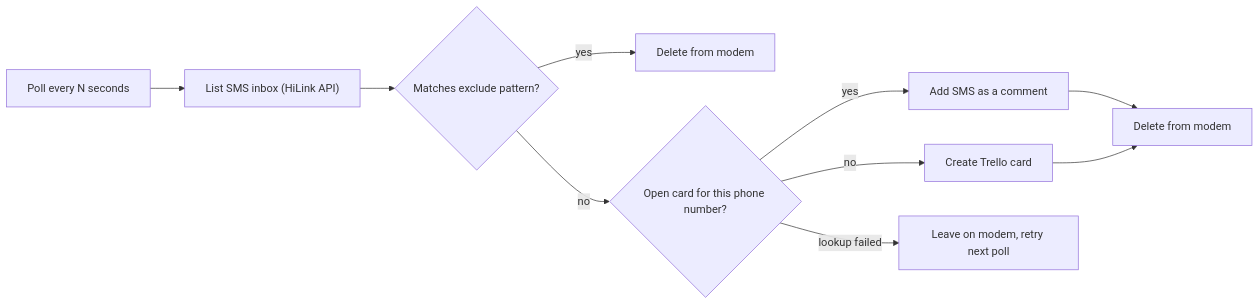
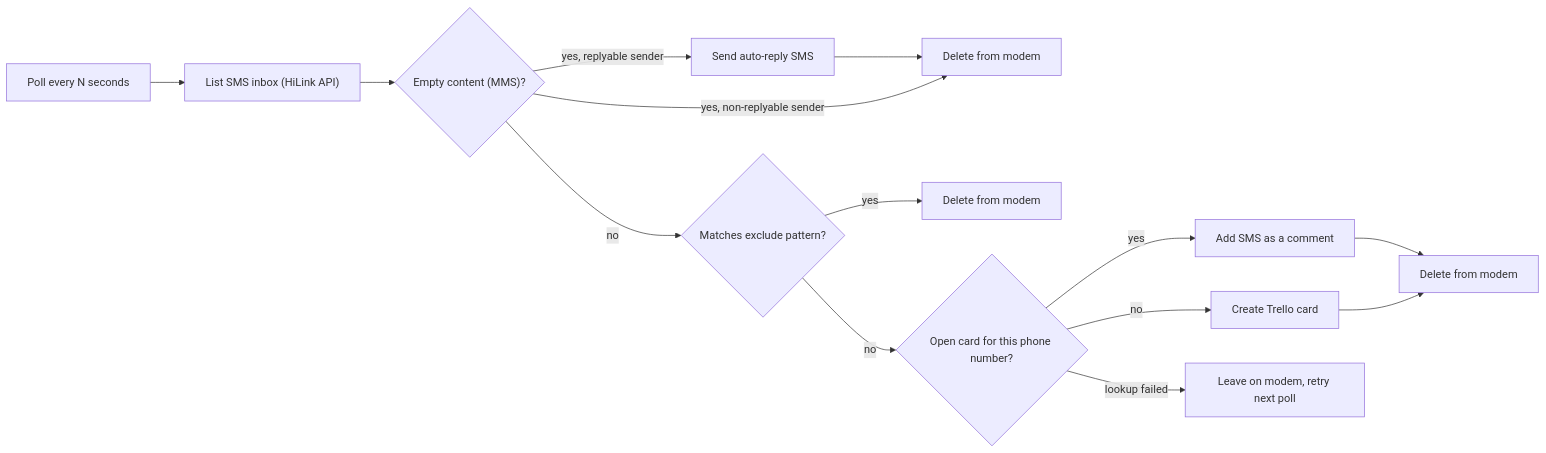
One commit to CaenFalaisePlaneurs/pi-sms changed the diagram in README.md. Above: the diagram before and after it, drawn with Mermaid. The commit also changed other lines of this file and 8 other files, not shown here.

First line of the commit message:
Add MMS auto-reply feature to handle incoming MMS notifications

````diff
--- a/README.md
+++ b/README.md
@@ -23,12 +24,15 @@
 ```mermaid
 flowchart LR
   sched["Poll every N seconds"] --> list["List SMS inbox (HiLink API)"]
-  list --> filt{"Matches exclude pattern?"}
+  list --> mms{"Empty content (MMS)?"}
+  mms -->|"yes, replyable sender"| reply["Send auto-reply SMS"] --> del0["Delete from modem"]
+  mms -->|"yes, non-replyable sender"| del0
+  mms -->|"no"| filt{"Matches exclude pattern?"}
   filt -->|"yes"| del1["Delete from modem"]
   filt -->|"no"| find{"Open card for this phone number?"}
   find -->|"yes"| comment["Add SMS as a comment"]
   find -->|"no"| card["Create Trello card"]
   comment --> del2["Delete from modem"]
   card --> del2
   find -->|"lookup failed"| retry["Leave on modem, retry next poll"]
 ```
````
